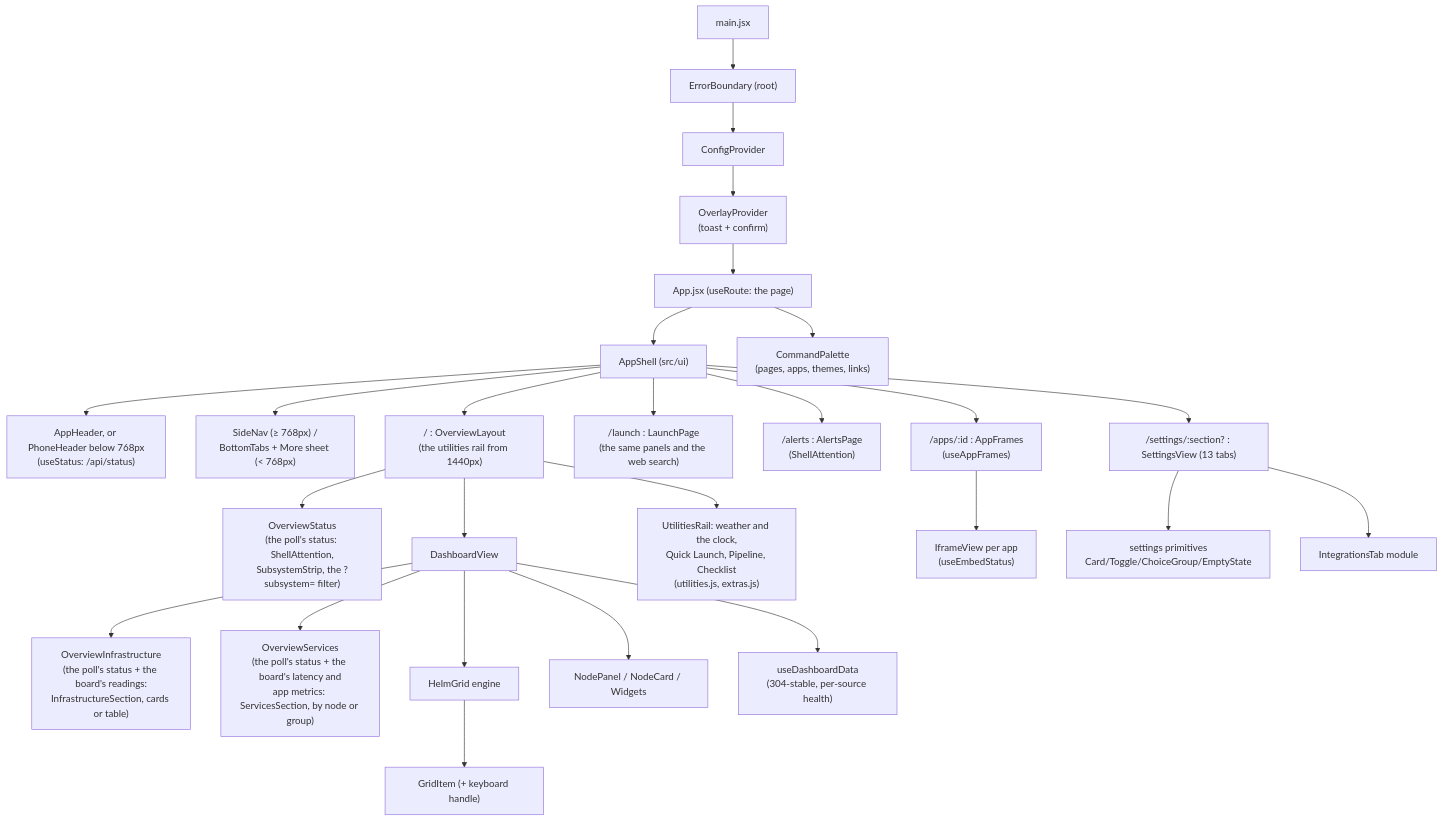
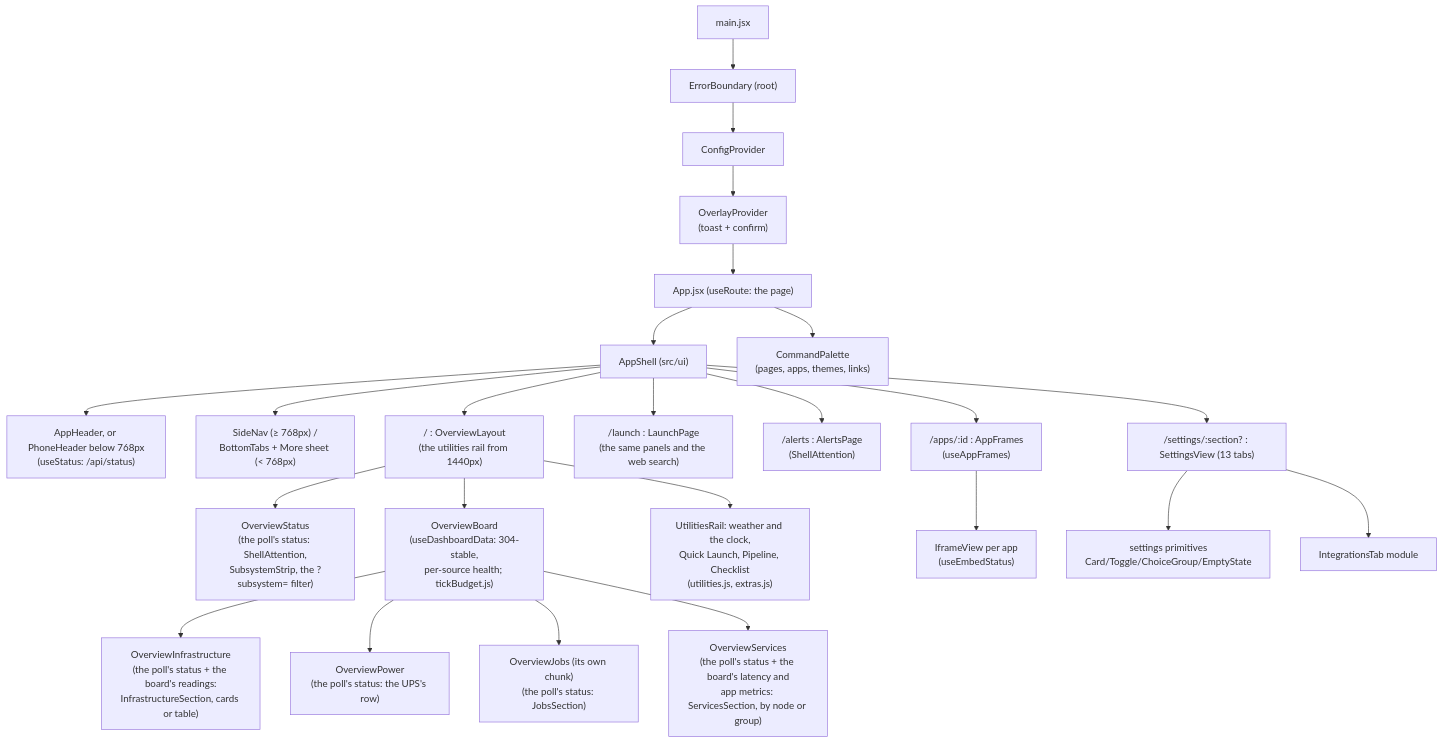
Before and after one commit to jagbhandal/jaghelm: the fourth of 5 diagrams in docs/ARCHITECTURE.md, drawn with Mermaid. The commit also changed other lines of this file and 7 other files, not shown here.

First line of the commit message:
docs: the Overview without the old board; changelog for #306

````diff
--- a/docs/ARCHITECTURE.md
+++ b/docs/ARCHITECTURE.md
@@ -1994,28 +2003,26 @@
 ```mermaid
 flowchart TD
   MAIN["main.jsx"] --> EB["ErrorBoundary (root)"]
   EB --> CP["ConfigProvider"]
   CP --> OP["OverlayProvider<br/>(toast + confirm)"]
   OP --> APP["App.jsx (useRoute: the page)"]
   APP --> SH["AppShell (src/ui)"]
   SH --> HD["AppHeader, or PhoneHeader below 768px<br/>(useStatus: /api/status)"]
   SH --> SN["SideNav (≥ 768px) /<br/>BottomTabs + More sheet (< 768px)"]
   APP --> CPAL["CommandPalette<br/>(pages, apps, themes, links)"]
   SH --> OL["/ : OverviewLayout<br/>(the utilities rail from 1440px)"]
   OL --> OS["OverviewStatus<br/>(the poll's status: ShellAttention,<br/>SubsystemStrip, the ?subsystem= filter)"]
-  OL --> DV["DashboardView"]
+  OL --> DV["OverviewBoard<br/>(useDashboardData: 304-stable,<br/>per-source health; tickBudget.js)"]
   OL --> UR["UtilitiesRail: weather and the clock,<br/>Quick Launch, Pipeline, Checklist<br/>(utilities.js, extras.js)"]
   SH --> LP["/launch : LaunchPage<br/>(the same panels and the web search)"]
   DV --> OI["OverviewInfrastructure<br/>(the poll's status + the board's readings:<br/>InfrastructureSection, cards or table)"]
+  DV --> OPW["OverviewPower<br/>(the poll's status: the UPS's row)"]
+  DV --> OJ["OverviewJobs (its own chunk)<br/>(the poll's status: JobsSection)"]
   DV --> OSV["OverviewServices<br/>(the poll's status + the board's latency and<br/>app metrics: ServicesSection, by node or group)"]
   SH --> AP["/alerts : AlertsPage<br/>(ShellAttention)"]
   SH --> SV["/settings/:section? : SettingsView (13 tabs)"]
   SH --> AF["/apps/:id : AppFrames<br/>(useAppFrames)"]
   AF --> IV["IframeView per app<br/>(useEmbedStatus)"]
-  DV --> HG["HelmGrid engine"]
-  HG --> GI["GridItem (+ keyboard handle)"]
-  DV --> NP["NodePanel / NodeCard / Widgets"]
-  DV --> UDD["useDashboardData<br/>(304-stable, per-source health)"]
   SV --> PRIM["settings primitives<br/>Card/Toggle/ChoiceGroup/EmptyState"]
   SV --> ITAB["IntegrationsTab module"]
 ```
````
